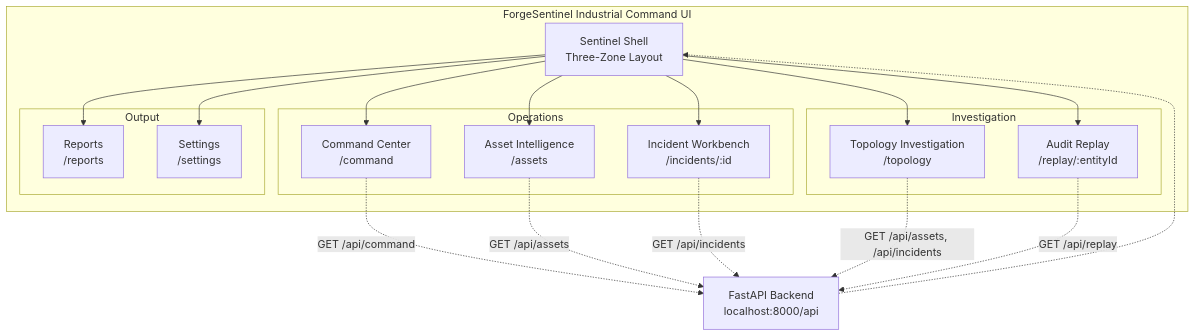
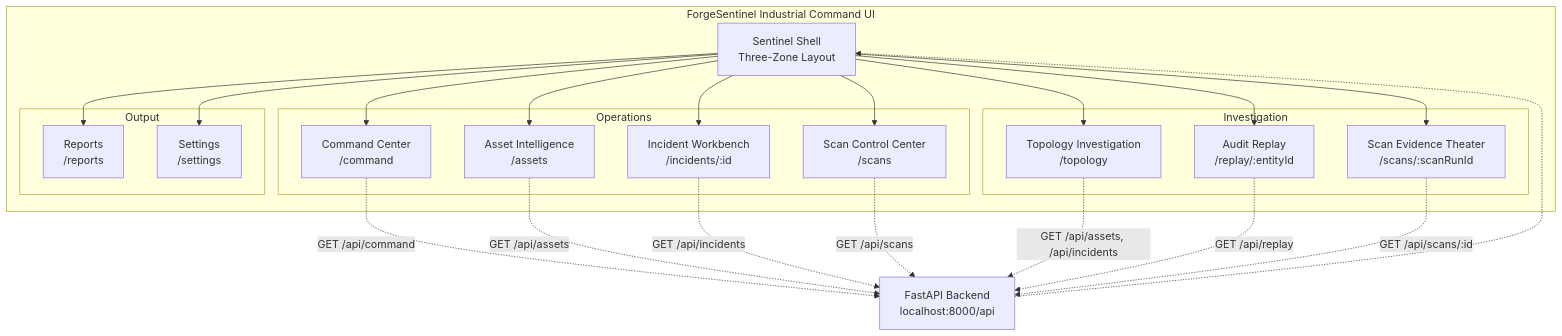
One commit to AngelP17/Security-Operations-Center-SOC- changed the first of 2 diagrams in README.md. Above: the diagram before and after it, drawn with Mermaid. The commit also changed other lines of this file and 4 other files, not shown here.

Commit message:
docs: update README, ARCHITECTURE, DOCKER_DEPLOYMENT, and ui-overhaul with scan control center, evidence routes, lint/build info

````diff
--- a/README.md
+++ b/README.md
@@ -13,37 +13,43 @@
 ```mermaid
 graph TB
     subgraph "ForgeSentinel Industrial Command UI"
         Shell[Sentinel Shell<br/>Three-Zone Layout]
 
         subgraph "Operations"
             CMD[Command Center<br/>/command]
             AST[Asset Intelligence<br/>/assets]
             INC[Incident Workbench<br/>/incidents/:id]
+            SCN[Scan Control Center<br/>/scans]
         end
 
         subgraph "Investigation"
             TOP[Topology Investigation<br/>/topology]
             RPL[Audit Replay<br/>/replay/:entityId]
+            SEV[Scan Evidence Theater<br/>/scans/:scanRunId]
         end
 
         subgraph "Output"
             RPT[Reports<br/>/reports]
             SET[Settings<br/>/settings]
         end
 
         Shell --> CMD
         Shell --> AST
         Shell --> INC
+        Shell --> SCN
         Shell --> TOP
         Shell --> RPL
+        Shell --> SEV
         Shell --> RPT
         Shell --> SET
     end
 
     API[FastAPI Backend<br/>localhost:8000/api] -.-> Shell
     CMD -.->|GET /api/command| API
     AST -.->|GET /api/assets| API
     INC -.->|GET /api/incidents| API
+    SCN -.->|GET /api/scans| API
     TOP -.->|GET /api/assets, /api/incidents| API
     RPL -.->|GET /api/replay| API
+    SEV -.->|GET /api/scans/:id| API
 ```
````
